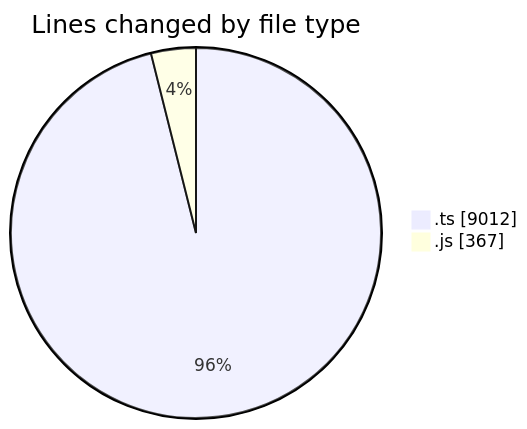
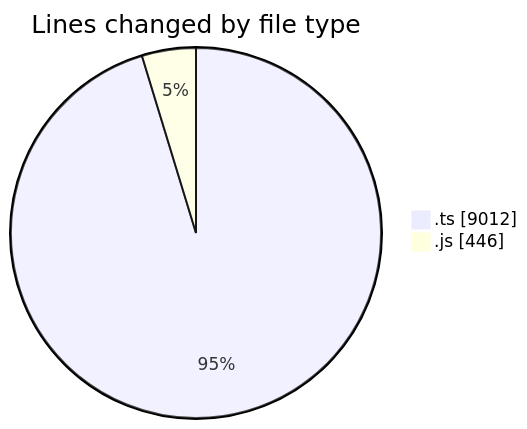
The first of 2 diagrams in 2025-05-28/cda/README.md (momahboobian/code-tracking), drawn with Mermaid before and after one commit. The commit also changed other lines of this file and 1 other file, not shown here.

````diff
--- a/2025-05-28/cda/README.md
+++ b/2025-05-28/cda/README.md
@@ -25,6 +25,6 @@
 ```mermaid
 pie showData
 title Lines changed by file type
 ".ts" : 9012
-".js" : 367
+".js" : 446
 ```
````
